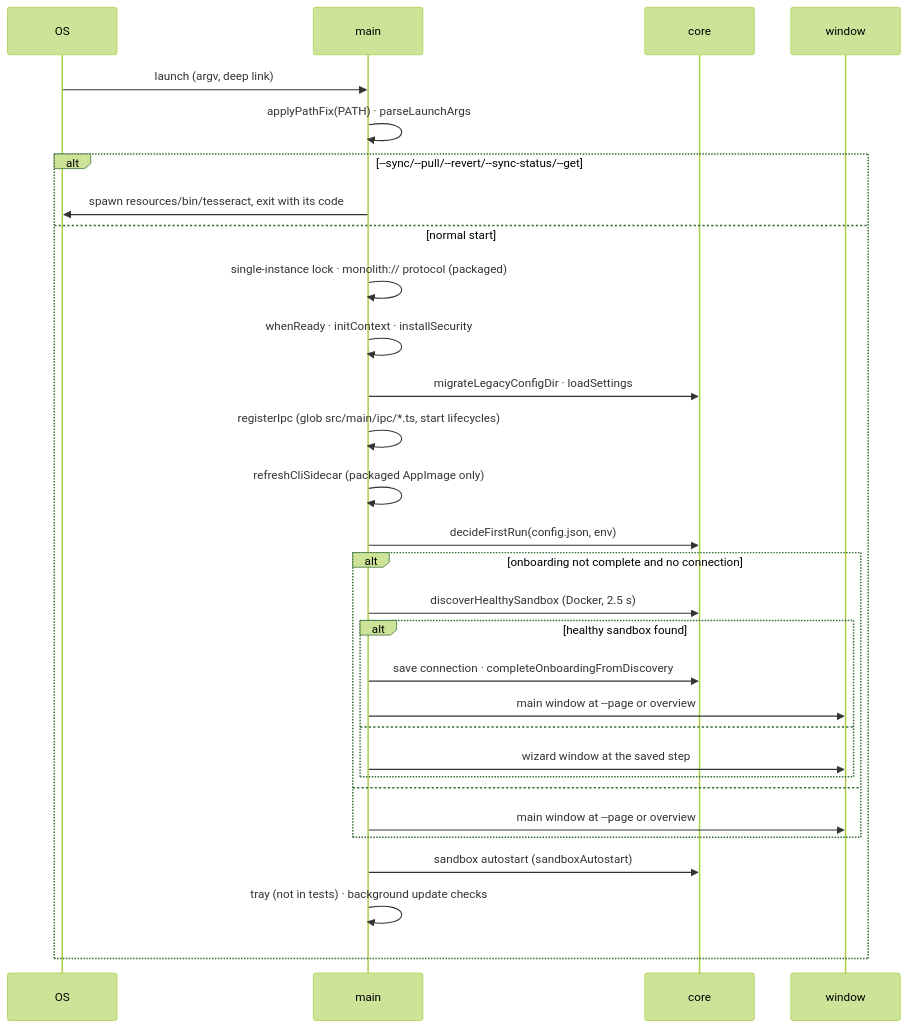
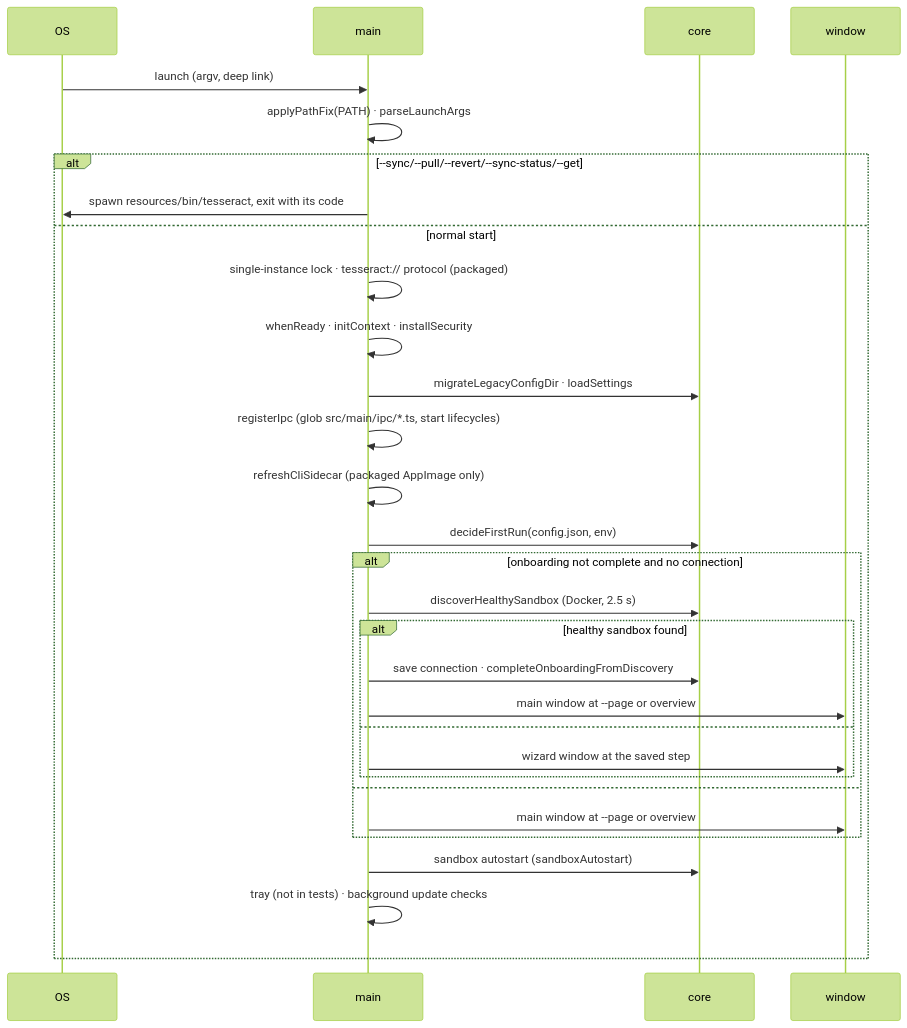
One commit to kevin-roan/tesseract changed the second of 4 diagrams in docs/architecture/electron-desktop.md. Above: the diagram before and after it, drawn with Mermaid (forest theme). The commit also changed other lines of this file and 3196 other files, not shown here.

````diff
--- a/docs/architecture/electron-desktop.md
+++ b/docs/architecture/electron-desktop.md
@@ -77,32 +77,32 @@
 ```mermaid
 sequenceDiagram
   participant OS
   participant M as main
   participant C as core
   participant W as window
   OS->>M: launch (argv, deep link)
   M->>M: applyPathFix(PATH) · parseLaunchArgs
   alt --sync/--pull/--revert/--sync-status/--get
     M->>OS: spawn resources/bin/tesseract, exit with its code
   else normal start
-    M->>M: single-instance lock · monolith:// protocol (packaged)
+    M->>M: single-instance lock · tesseract:// protocol (packaged)
     M->>M: whenReady · initContext · installSecurity
     M->>C: migrateLegacyConfigDir · loadSettings
     M->>M: registerIpc (glob src/main/ipc/*.ts, start lifecycles)
     M->>M: refreshCliSidecar (packaged AppImage only)
     M->>C: decideFirstRun(config.json, env)
     alt onboarding not complete and no connection
       M->>C: discoverHealthySandbox (Docker, 2.5 s)
       alt healthy sandbox found
         M->>C: save connection · completeOnboardingFromDiscovery
         M->>W: main window at --page or overview
       else
         M->>W: wizard window at the saved step
       end
     else
       M->>W: main window at --page or overview
     end
     M->>C: sandbox autostart (sandboxAutostart)
     M->>M: tray (not in tests) · background update checks
   end
 ```
````
